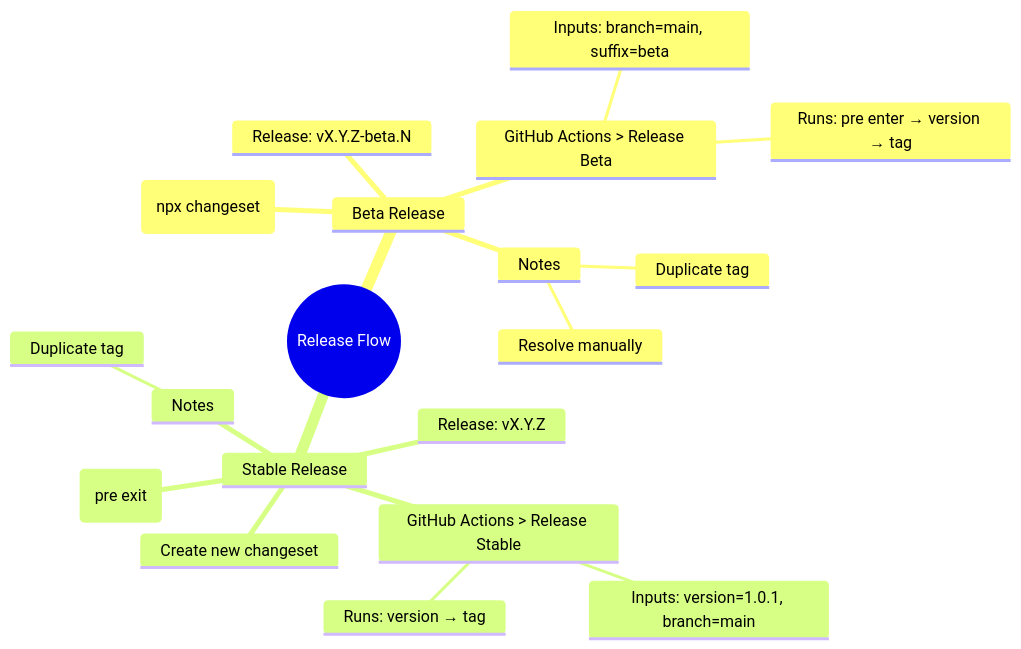
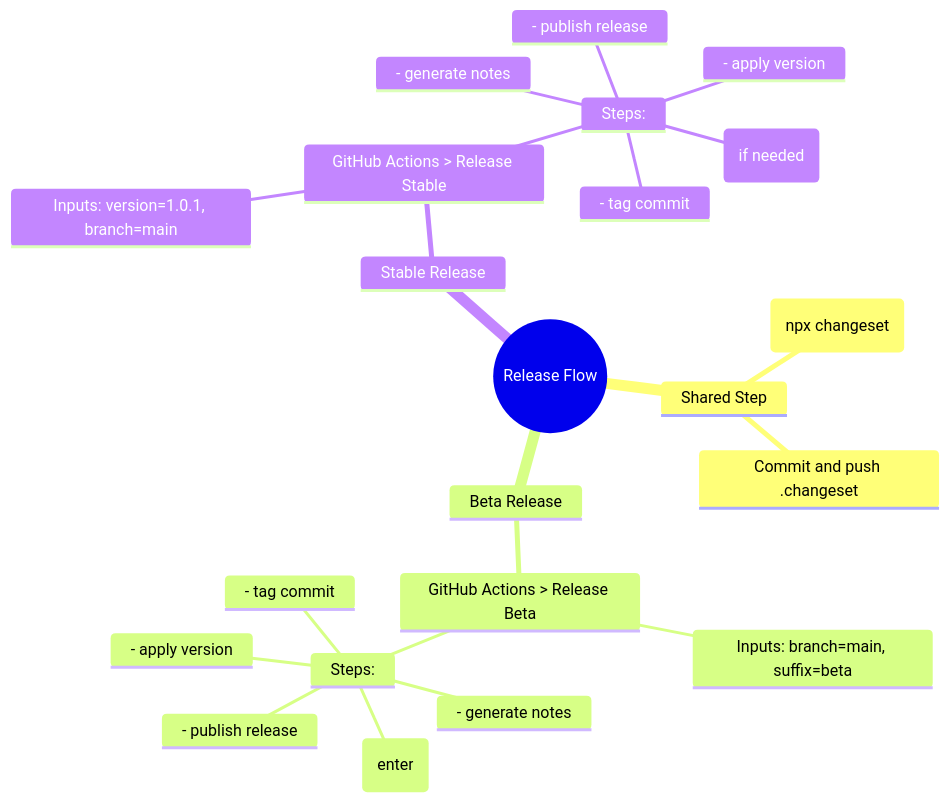
Before and after one commit to lgdevlop/zsh-smart-insert: the diagram in RELEASE_PROCESS.md, drawn with Mermaid. The commit also changed other lines of this file and 3 other files, not shown here.

Commit message:
📦 chore(release): update stable/beta pipelines and release process

````diff
--- a/RELEASE_PROCESS.md
+++ b/RELEASE_PROCESS.md
@@ -101,22 +105,25 @@
 ```mermaid
 mindmap
   root((Release Flow))
+    Shared Step
+      Create changeset (npx changeset)
+      Commit and push .changeset
     Beta Release
-      Create changeset (npx changeset)
       GitHub Actions > Release Beta
         Inputs: branch=main, suffix=beta
-        Runs: pre enter → version → tag
-      Release: vX.Y.Z-beta.N
-      Notes
-        Duplicate tag
-        Resolve manually
+        Steps:
+          - prerelease mode (enter)
+          - apply version
+          - tag commit
+          - generate notes
+          - publish release
     Stable Release
-      Exit cycle (pre exit)
-      Create new changeset
       GitHub Actions > Release Stable
         Inputs: version=1.0.1, branch=main
-        Runs: version → tag
-      Release: vX.Y.Z
-      Notes
-        Duplicate tag
+        Steps:
+          - exit prerelease (if needed)
+          - apply version
+          - tag commit
+          - generate notes
+          - publish release
 ```
````
